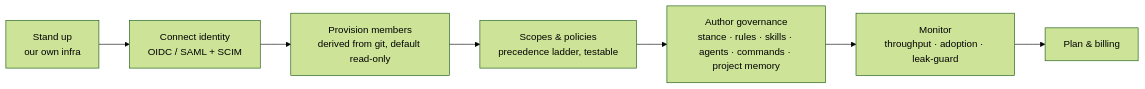
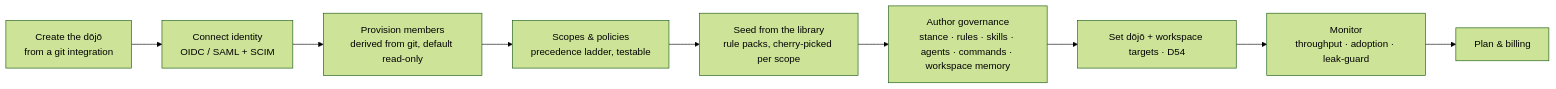
Before and after one commit to sensei-hq/sensei: the third of 10 diagrams in docs/journeys/dojo.md, drawn with Mermaid (forest theme). The commit also changed other lines of this file and 49 other files, not shown here.

````diff
--- a/docs/journeys/dojo.md
+++ b/docs/journeys/dojo.md
@@ -50,7 +98,8 @@
 ```mermaid
 flowchart LR
-    a1[Stand up<br/>our own infra] --> a2[Connect identity<br/>OIDC / SAML + SCIM]
+    a1[Create the dōjō<br/>from a git integration] --> a2[Connect identity<br/>OIDC / SAML + SCIM]
     a2 --> a3[Provision members<br/>derived from git, default read-only] --> a4[Scopes &amp; policies<br/>precedence ladder, testable]
-    a4 --> a5[Author governance<br/>stance · rules · skills · agents · commands · project memory]
-    a5 --> a6[Monitor<br/>throughput · adoption · leak-guard] --> a7[Plan &amp; billing]
+    a4 --> a4a[Seed from the library<br/>rule packs, cherry-picked per scope]
+    a4a --> a5[Author governance<br/>stance · rules · skills · agents · commands · workspace memory]
+    a5 --> a6[Set dōjō + workspace targets · D54] --> a7[Monitor<br/>throughput · adoption · leak-guard] --> a8[Plan &amp; billing]
 ```
````
